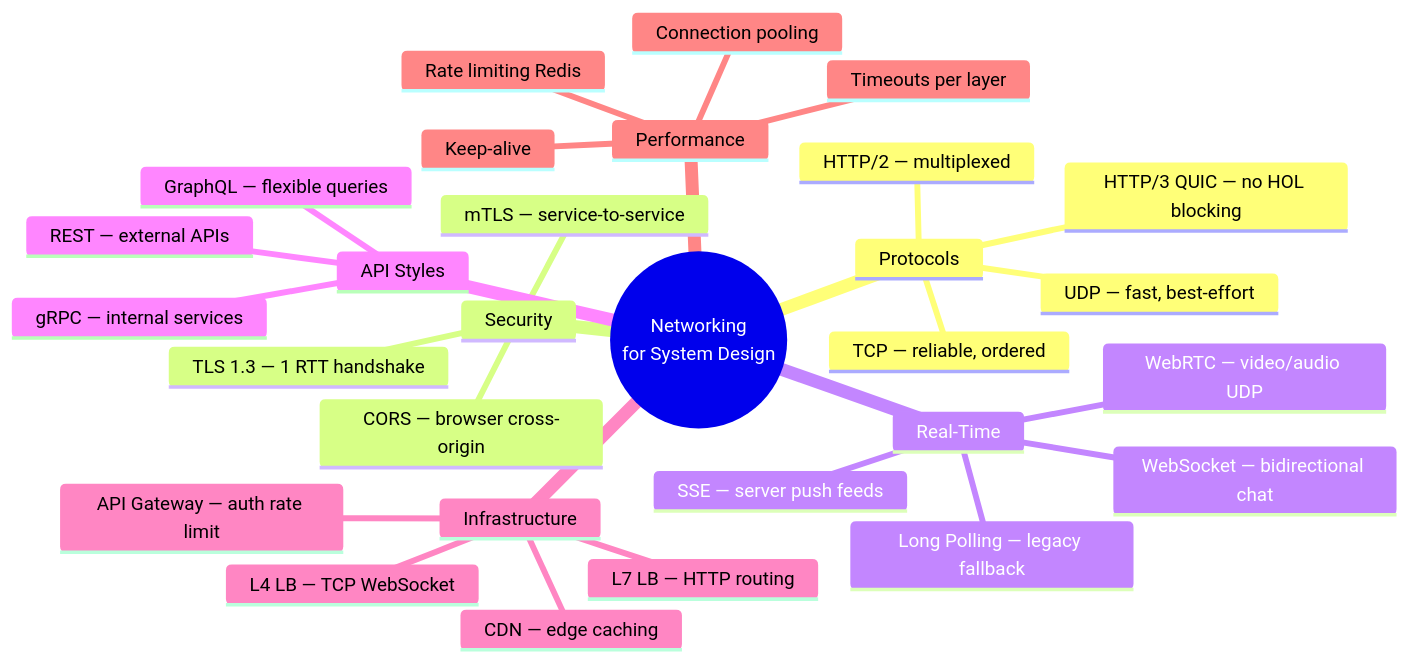
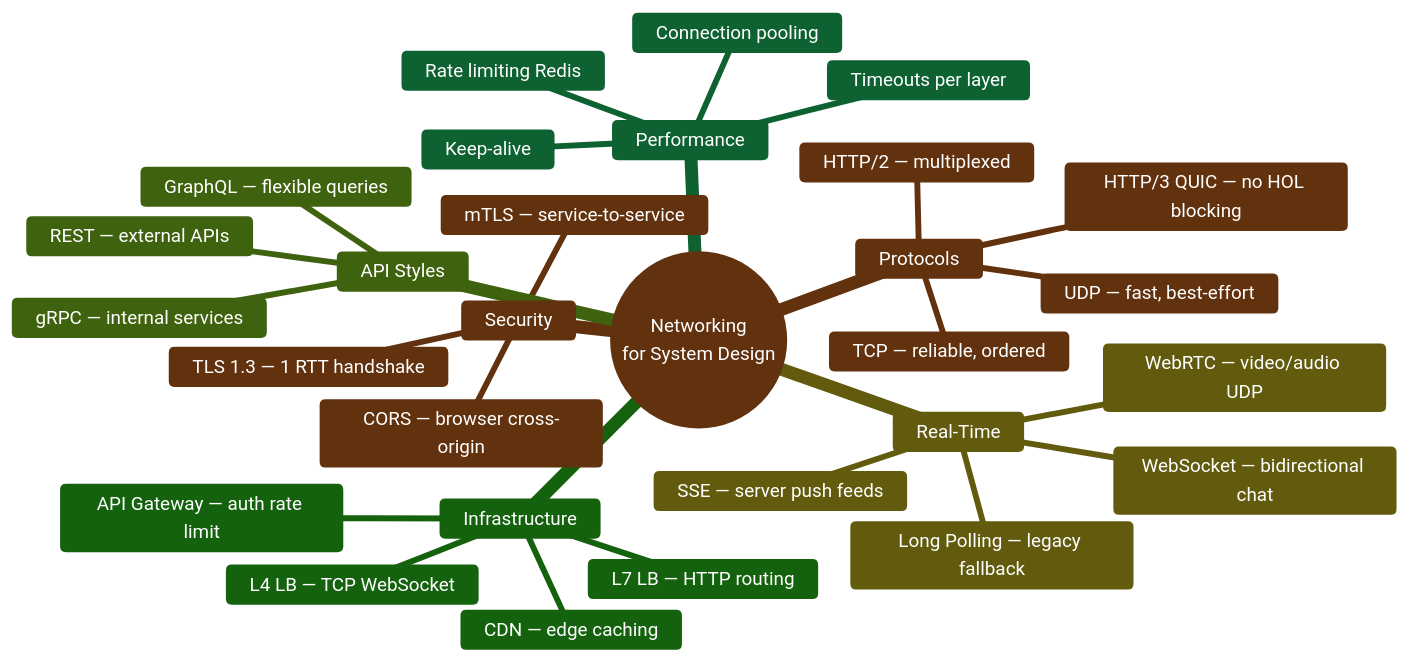
Diagram 53 of 53 in 08-fundamentals/27-networking-for-system-design.md (billywr/system-design), drawn with Mermaid before and after one commit. The commit also changed other lines of this file and 39 other files, not shown here.

````diff
--- a/08-fundamentals/27-networking-for-system-design.md
+++ b/08-fundamentals/27-networking-for-system-design.md
@@ -1764,32 +1764,33 @@
 ```mermaid
+%%{init: {'theme': 'base', 'themeVariables': {'primaryColor': '#D2691E', 'primaryTextColor': '#ffffff', 'primaryBorderColor': '#5D2E0C', 'secondaryColor': '#D2691E', 'tertiaryColor': '#D2691E', 'lineColor': '#5D2E0C'}}}%%
 mindmap
   root((Networking<br/>for System Design))
     Protocols
       TCP — reliable, ordered
       UDP — fast, best-effort
       HTTP/2 — multiplexed
       HTTP/3 QUIC — no HOL blocking
     Security
       TLS 1.3 — 1 RTT handshake
       mTLS — service-to-service
       CORS — browser cross-origin
     Real-Time
       WebSocket — bidirectional chat
       SSE — server push feeds
       WebRTC — video/audio UDP
       Long Polling — legacy fallback
     API Styles
       REST — external APIs
       gRPC — internal services
       GraphQL — flexible queries
     Infrastructure
       CDN — edge caching
       API Gateway — auth rate limit
       L4 LB — TCP WebSocket
       L7 LB — HTTP routing
     Performance
       Connection pooling
       Keep-alive
       Timeouts per layer
       Rate limiting Redis
 ```
````
